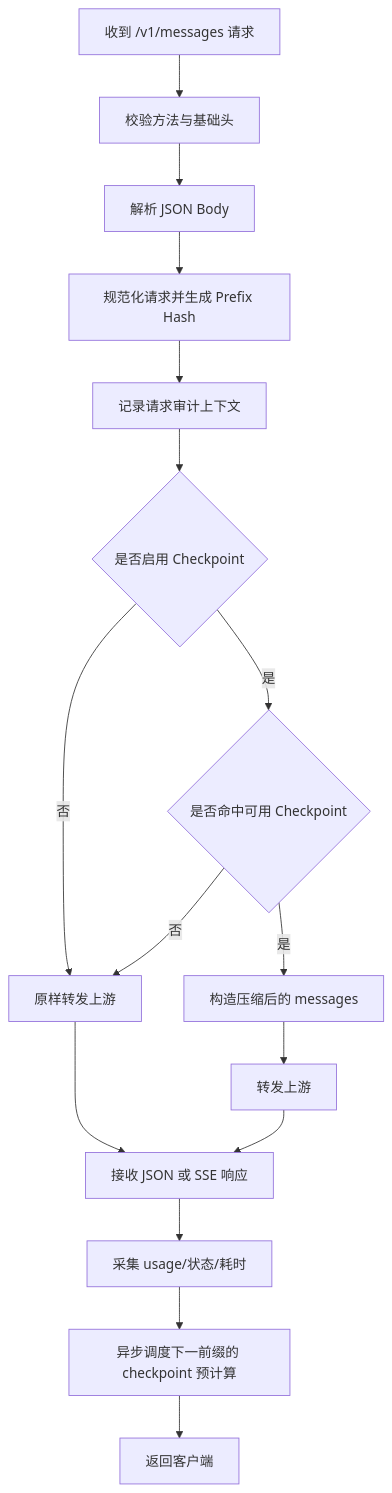
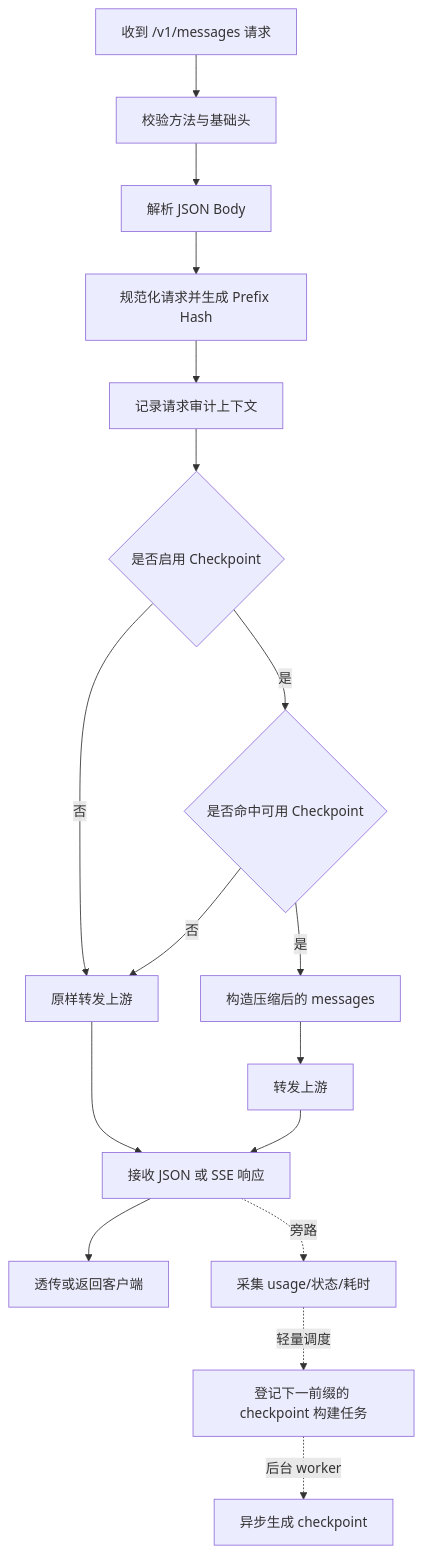
The second of 2 diagrams in docs/designs/2026-04-23-anthropic-messages-proxy-design.md (tongchen-claw/LLM-OptiProxy), drawn with Mermaid before and after one commit. The commit also changed other lines of this file and 14 other files, not shown here.

````diff
--- a/docs/designs/2026-04-23-anthropic-messages-proxy-design.md
+++ b/docs/designs/2026-04-23-anthropic-messages-proxy-design.md
@@ -451,18 +568,19 @@
 ```mermaid
 flowchart TD
     A[收到 /v1/messages 请求] --> B[校验方法与基础头]
     B --> C[解析 JSON Body]
     C --> D[规范化请求并生成 Prefix Hash]
     D --> E[记录请求审计上下文]
     E --> F{是否启用 Checkpoint}
     F -->|否| G[原样转发上游]
     F -->|是| H{是否命中可用 Checkpoint}
     H -->|否| G
     H -->|是| I[构造压缩后的 messages]
     I --> J[转发上游]
     G --> K[接收 JSON 或 SSE 响应]
     J --> K
-    K --> L[采集 usage/状态/耗时]
-    L --> M[异步调度下一前缀的 checkpoint 预计算]
-    M --> N[返回客户端]
+    K --> N[透传或返回客户端]
+    K -.旁路.-> L[采集 usage/状态/耗时]
+    L -.轻量调度.-> M[登记下一前缀的 checkpoint 构建任务]
+    M -.后台 worker.-> O[异步生成 checkpoint]
 ```
````
